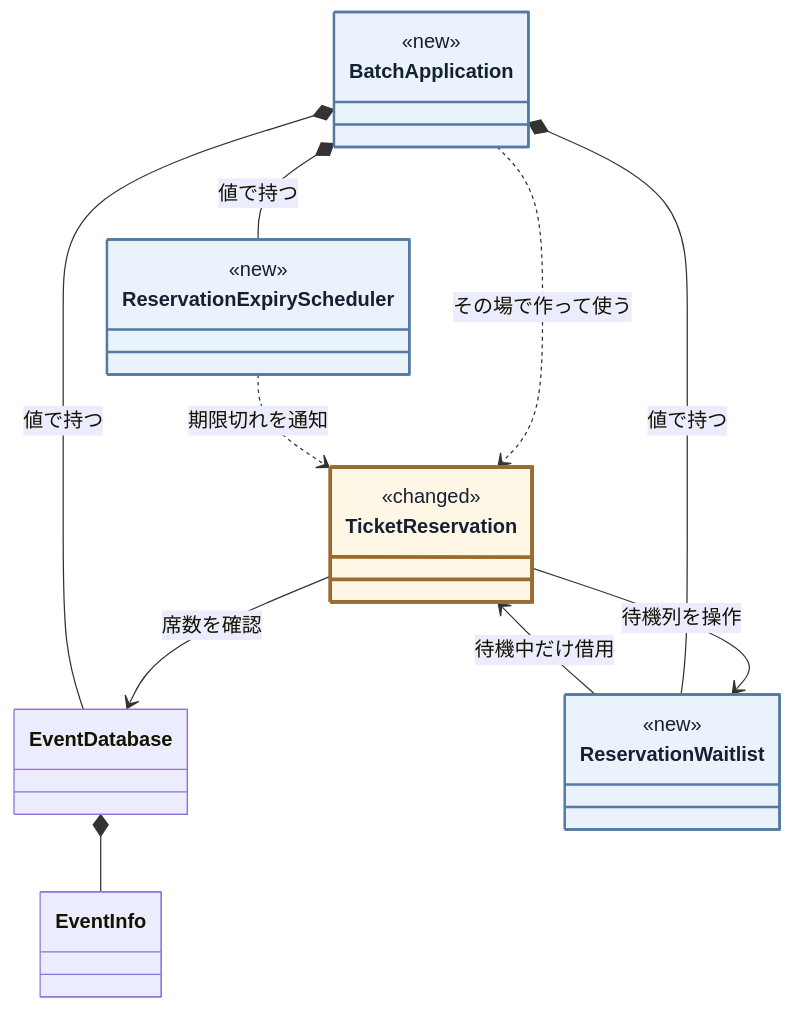
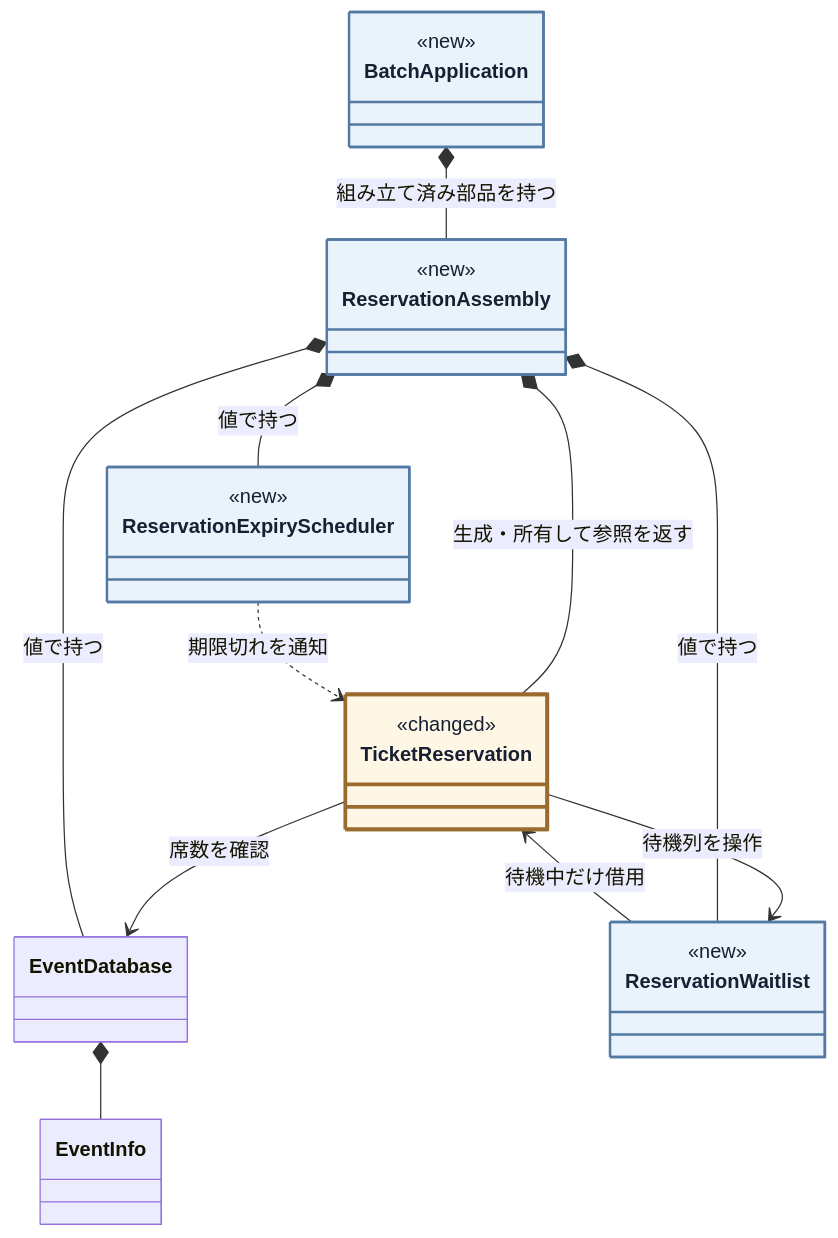
Before and after one commit to kumachan1101-pixel/DesignPattern: diagram 15 of 20 in kindle/design-patterns/books/volume01-core-patterns/output/04-chapter02.md, drawn with Mermaid. The commit also changed other lines of this file and 31 other files, not shown here.

````diff
--- a/kindle/design-patterns/books/volume01-core-patterns/output/04-chapter02.md
+++ b/kindle/design-patterns/books/volume01-core-patterns/output/04-chapter02.md
@@ -1973,30 +1973,34 @@
 ```mermaid
 classDiagram
     direction TB
     class TicketReservation:::touched {
         <<changed>>
     }
     class EventDatabase
     class EventInfo
     class ReservationWaitlist:::added {
         <<new>>
     }
     class ReservationExpiryScheduler:::added {
         <<new>>
     }
+    class ReservationAssembly:::added {
+        <<new>>
+    }
     class BatchApplication:::added {
         <<new>>
     }
     TicketReservation --> EventDatabase : 席数を確認
     TicketReservation --> ReservationWaitlist : 待機列を操作
     ReservationWaitlist --> TicketReservation : 待機中だけ借用
     EventDatabase *-- EventInfo
-    BatchApplication ..> TicketReservation : その場で作って使う
-    BatchApplication *-- EventDatabase : 値で持つ
-    BatchApplication *-- ReservationWaitlist : 値で持つ
-    BatchApplication *-- ReservationExpiryScheduler : 値で持つ
+    ReservationAssembly *-- TicketReservation : 生成・所有して参照を返す
+    ReservationAssembly *-- EventDatabase : 値で持つ
+    ReservationAssembly *-- ReservationWaitlist : 値で持つ
+    ReservationAssembly *-- ReservationExpiryScheduler : 値で持つ
+    BatchApplication *-- ReservationAssembly : 組み立て済み部品を持つ
     ReservationExpiryScheduler ..> TicketReservation : 期限切れを通知
 
     classDef added fill:#eaf2fb,stroke:#527aa3,stroke-width:2px,color:#172033;
     classDef touched fill:#fff7e6,stroke:#9a6b2f,stroke-width:3px,color:#172033;
 ```
````
